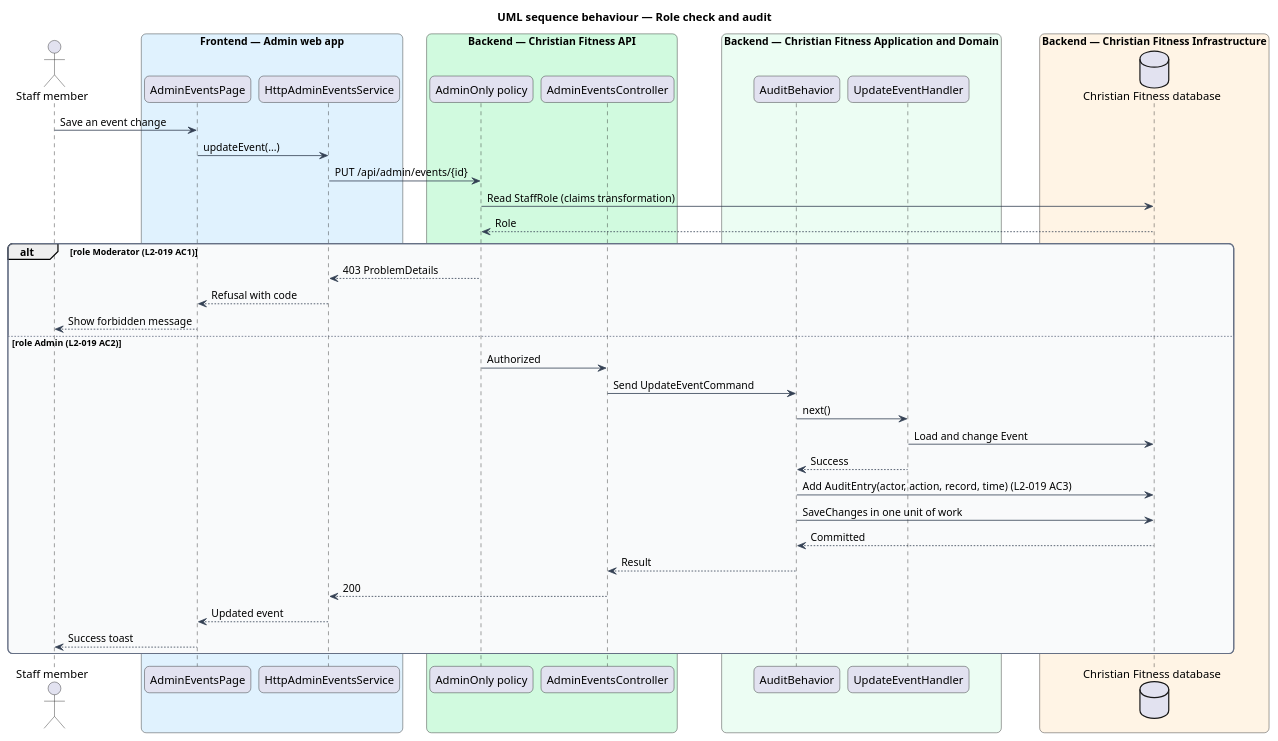
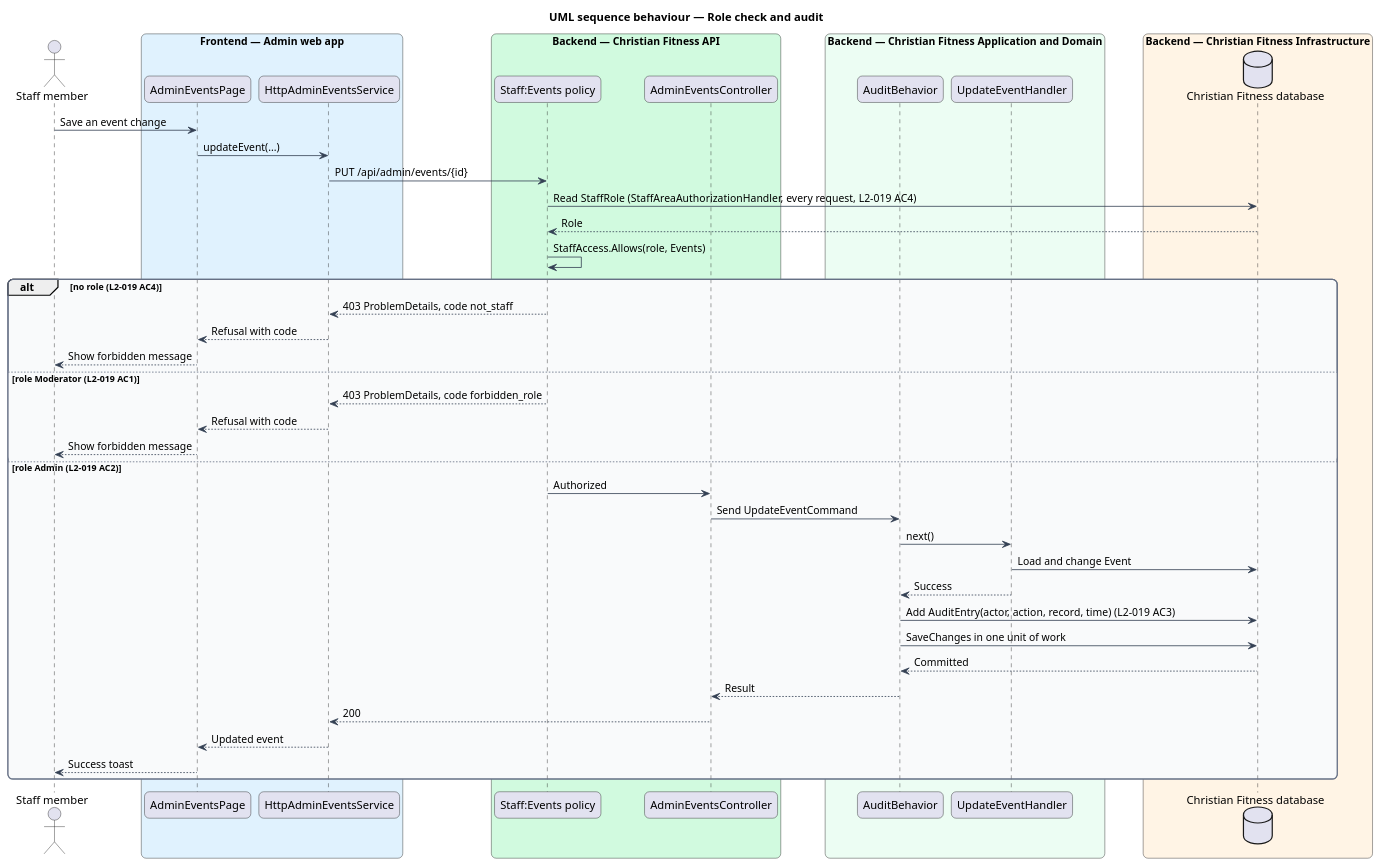
The diagram in docs/detailed-designs/admin-access/staff-roles/diagrams/sequence-authorize-and-audit.puml (QuinntyneBrown/christian-fitness), drawn with PlantUML before and after one commit. The commit also changed 26 other files, not shown here.

```diff
--- a/docs/detailed-designs/admin-access/staff-roles/diagrams/sequence-authorize-and-audit.puml
+++ b/docs/detailed-designs/admin-access/staff-roles/diagrams/sequence-authorize-and-audit.puml
@@ -1,56 +1,61 @@
 @startuml
 title UML sequence behaviour — Role check and audit
 skinparam backgroundColor #FFFFFF
 skinparam shadowing false
 skinparam roundcorner 12
 skinparam defaultFontName Arial
 skinparam ArrowColor #344054
 skinparam rectangle {
   BorderColor #344054
   FontColor #101828
 }
 skinparam package {
   BorderColor #667085
   FontColor #101828
   BackgroundColor #F9FAFB
 }
 actor "Staff member" as actor
 box "Frontend — Admin web app" #E0F2FE
   participant "AdminEventsPage" as page
   participant "HttpAdminEventsService" as client
 end box
 box "Backend — Christian Fitness API" #D1FADF
-  participant "AdminOnly policy" as pol
+  participant "Staff:Events policy" as pol
   participant "AdminEventsController" as ctrl
 end box
 box "Backend — Christian Fitness Application and Domain" #ECFDF3
   participant "AuditBehavior" as audit
   participant "UpdateEventHandler" as handler
 end box
 box "Backend — Christian Fitness Infrastructure" #FFF4E5
   database "Christian Fitness database" as db
 end box
 actor -> page : Save an event change
 page -> client : updateEvent(...)
 client -> pol : PUT /api/admin/events/{id}
-pol -> db : Read StaffRole (claims transformation)
+pol -> db : Read StaffRole (StaffAreaAuthorizationHandler, every request, L2-019 AC4)
 db --> pol : Role
-alt role Moderator (L2-019 AC1)
-  pol --> client : 403 ProblemDetails
+pol -> pol : StaffAccess.Allows(role, Events)
+alt no role (L2-019 AC4)
+  pol --> client : 403 ProblemDetails, code not_staff
+  client --> page : Refusal with code
+  page --> actor : Show forbidden message
+else role Moderator (L2-019 AC1)
+  pol --> client : 403 ProblemDetails, code forbidden_role
   client --> page : Refusal with code
   page --> actor : Show forbidden message
 else role Admin (L2-019 AC2)
   pol -> ctrl : Authorized
   ctrl -> audit : Send UpdateEventCommand
   audit -> handler : next()
   handler -> db : Load and change Event
   handler --> audit : Success
   audit -> db : Add AuditEntry(actor, action, record, time) (L2-019 AC3)
   audit -> db : SaveChanges in one unit of work
   db --> audit : Committed
   audit --> ctrl : Result
   ctrl --> client : 200
   client --> page : Updated event
   page --> actor : Success toast
 end
 @enduml
```
